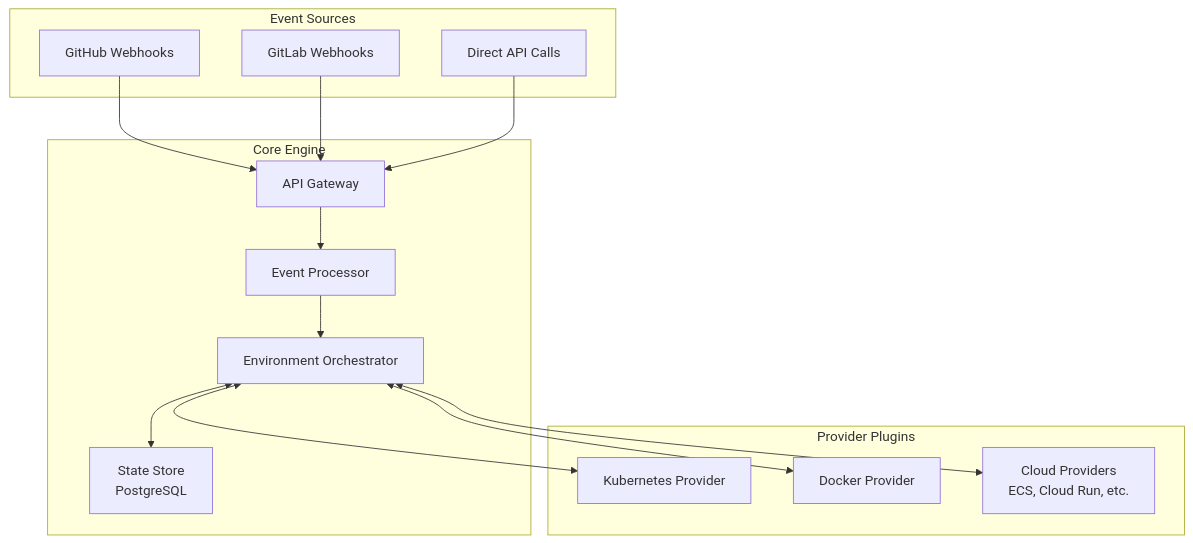
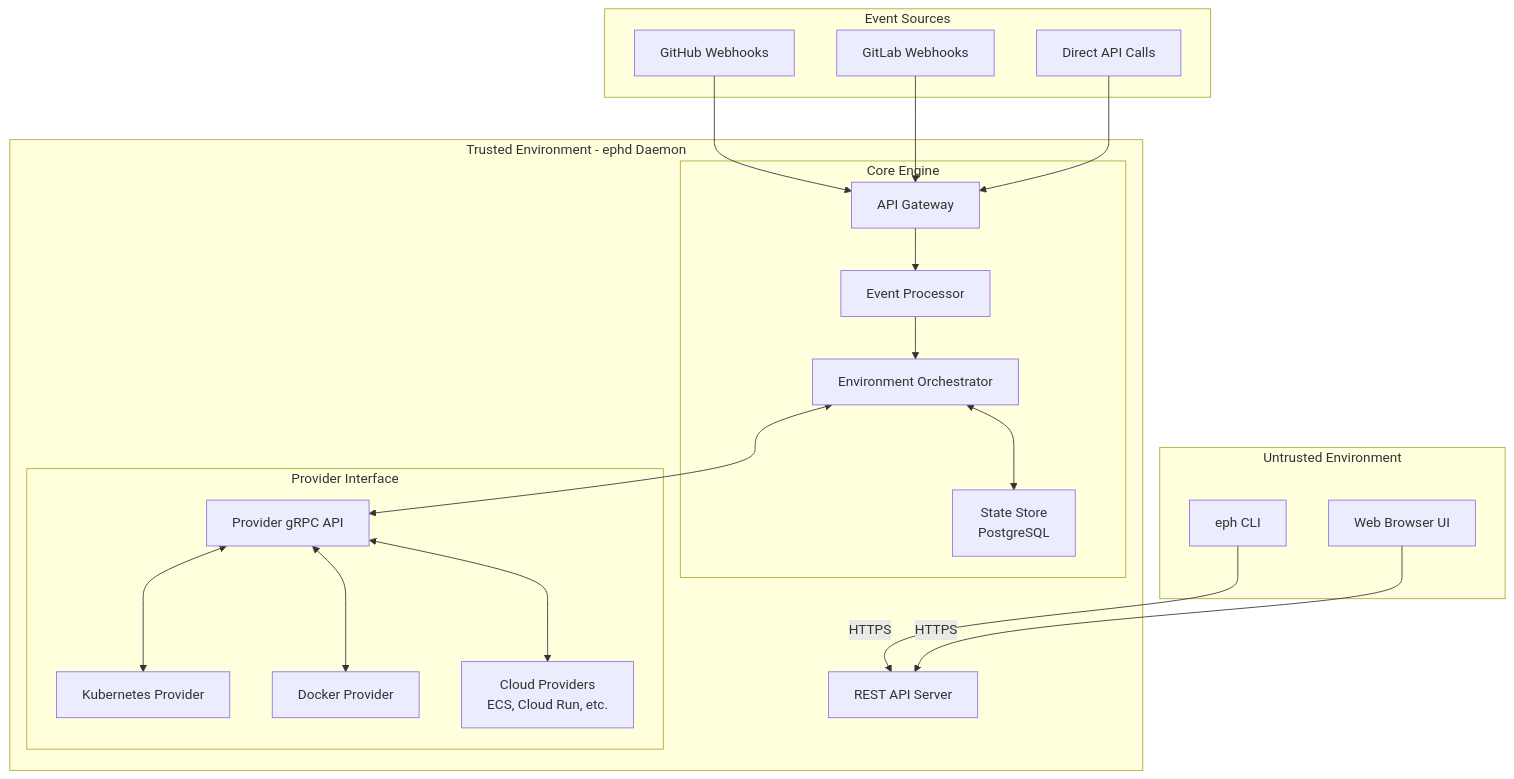
The second of 2 diagrams in README.md (ephlabs/eph), drawn with Mermaid before and after one commit. The commit also changed other lines of this file and 1 other file, not shown here.

First line of the commit message:
docs: update README and architecture plan with accurate project structure

````diff
--- a/README.md
+++ b/README.md
@@ -44,31 +44,44 @@
 ```mermaid
 graph TB
+    subgraph "Untrusted Environment"
+        CLI[eph CLI]
+        WebUI[Web Browser UI]
+    end
+
     subgraph "Event Sources"
         GH[GitHub Webhooks]
         GL[GitLab Webhooks]
         API[Direct API Calls]
     end
 
-    subgraph "Core Engine"
-        Gateway[API Gateway]
-        Events[Event Processor]
-        Orchestrator[Environment Orchestrator]
-        State[State Store<br/>PostgreSQL]
+    subgraph "Trusted Environment - ephd Daemon"
+        RestAPI[REST API Server]
+
+        subgraph "Core Engine"
+            Gateway[API Gateway]
+            Events[Event Processor]
+            Orchestrator[Environment Orchestrator]
+            State[State Store<br/>PostgreSQL]
+        end
+
+        subgraph "Provider Interface"
+            ProviderAPI[Provider gRPC API]
+            K8s[Kubernetes Provider]
+            Docker[Docker Provider]
+            Cloud[Cloud Providers<br/>ECS, Cloud Run, etc.]
+        end
     end
 
-    subgraph "Provider Plugins"
-        K8s[Kubernetes Provider]
-        Docker[Docker Provider]
-        Cloud[Cloud Providers<br/>ECS, Cloud Run, etc.]
-    end
-
+    CLI -- "HTTPS" --> RestAPI
+    WebUI -- "HTTPS" --> RestAPI
     GH --> Gateway
     GL --> Gateway
     API --> Gateway
     Gateway --> Events
     Events --> Orchestrator
     Orchestrator <--> State
-    Orchestrator <--> K8s
-    Orchestrator <--> Docker
-    Orchestrator <--> Cloud
+    Orchestrator <--> ProviderAPI
+    ProviderAPI <--> K8s
+    ProviderAPI <--> Docker
+    ProviderAPI <--> Cloud
 ```
````
